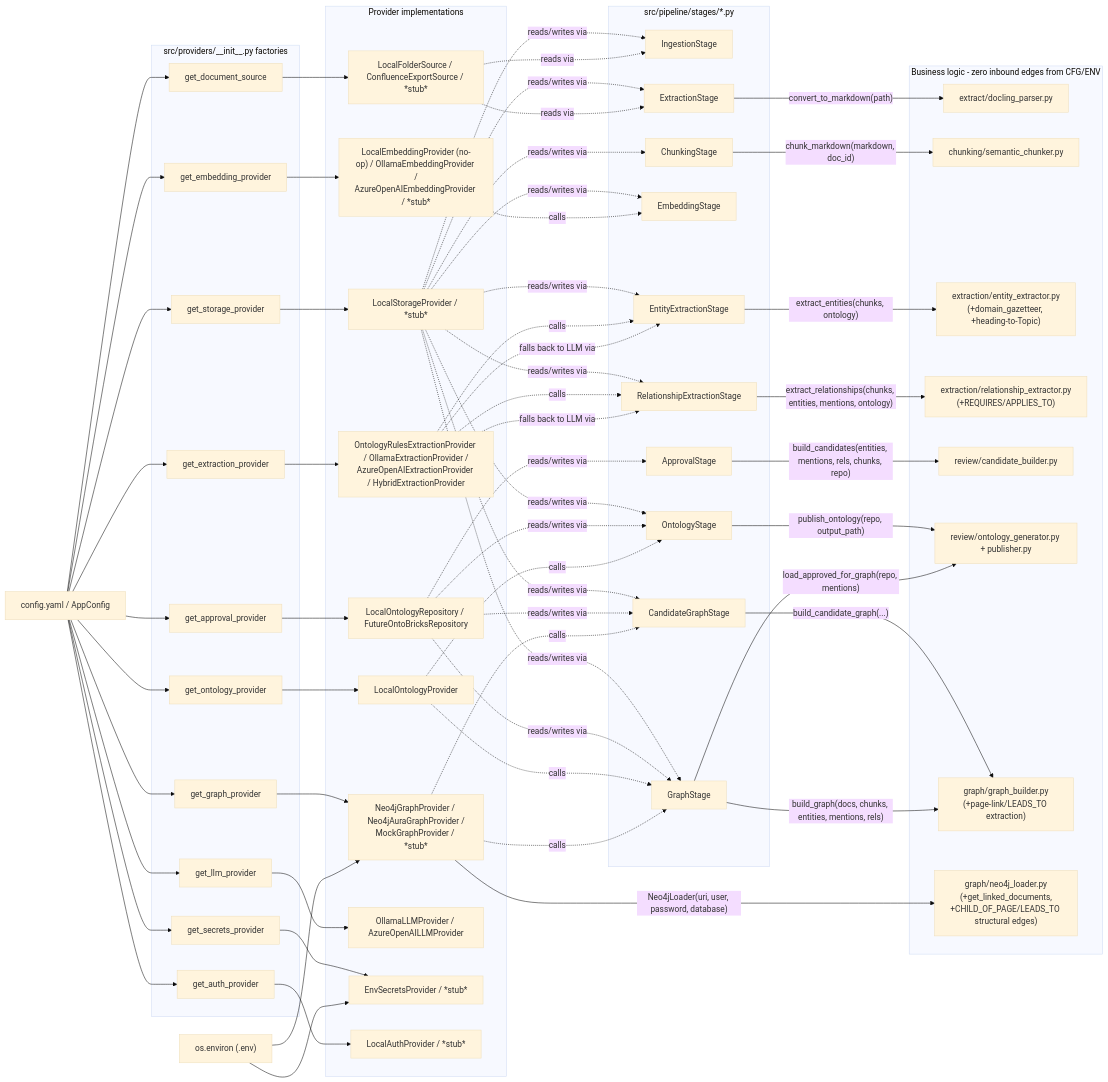
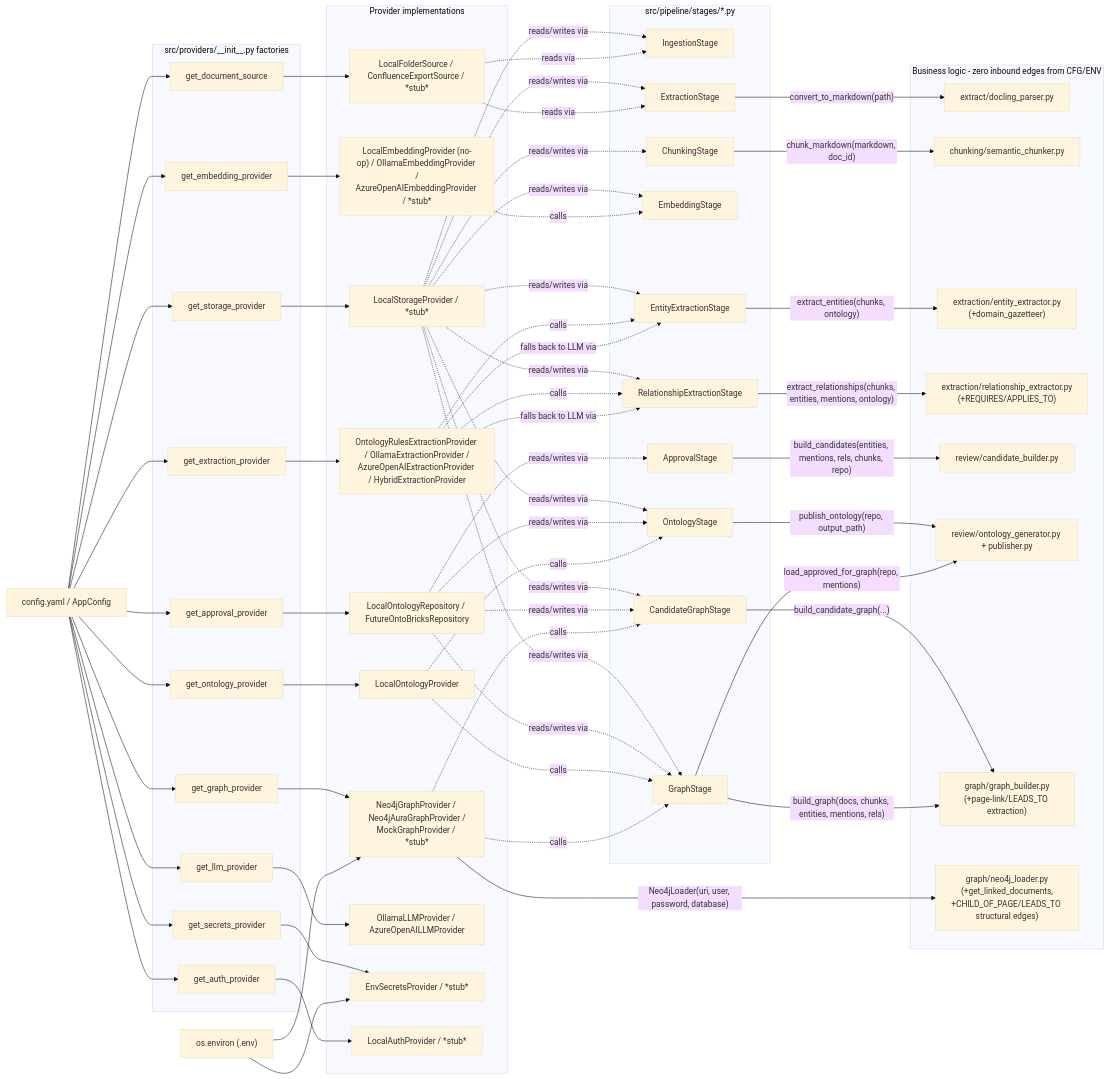
The diagram in docs/architecture/dependency_diagram.md (prigya-s/Unstructured-Data-to-graph), drawn with Mermaid (base theme) before and after one commit. The commit also changed other lines of this file and 42 other files, not shown here.

```diff
--- a/docs/architecture/dependency_diagram.md
+++ b/docs/architecture/dependency_diagram.md
@@ -77,7 +77,7 @@
     subgraph BusinessLogic["Business logic - zero inbound edges from CFG/ENV"]
         B1["extract/docling_parser.py"]
         B2["chunking/semantic_chunker.py"]
-        B3["extraction/entity_extractor.py\n(+domain_gazetteer, +heading-to-Topic)"]
+        B3["extraction/entity_extractor.py\n(+domain_gazetteer)"]
         B4["extraction/relationship_extractor.py\n(+REQUIRES/APPLIES_TO)"]
         B5["review/candidate_builder.py"]
         B6["review/ontology_generator.py + publisher.py"]
```
